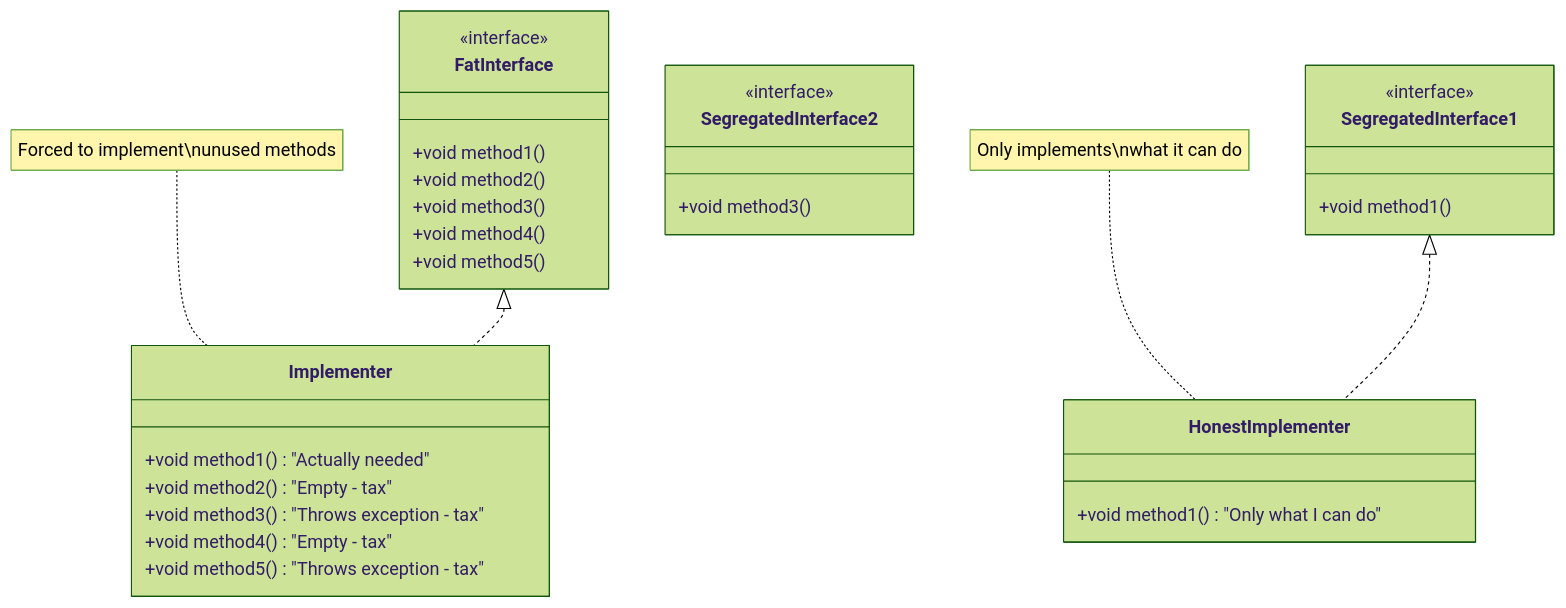
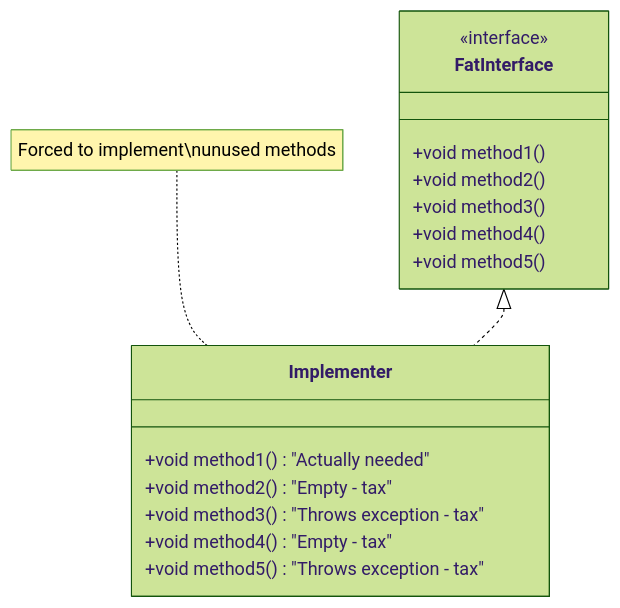
The first of 2 diagrams in Articles/SDT/Design Principles/SOLID/014 Interface Segregation Principle - Implementer Side.md (TroelsMortensen/Codelabs2), drawn with Mermaid (forest theme) before and after one commit. The commit also changed other lines of this file and 10 other files, not shown here.

````diff
--- a/Articles/SDT/Design Principles/SOLID/014 Interface Segregation Principle - Implementer Side.md
+++ b/Articles/SDT/Design Principles/SOLID/014 Interface Segregation Principle - Implementer Side.md
@@ -382,39 +392,23 @@
 ```mermaid
 classDiagram
     class FatInterface {
         <<interface>>
         +void method1()
         +void method2()
         +void method3()
         +void method4()
         +void method5()
     }
     
     class Implementer {
         +void method1() "Actually needed"
         +void method2() "Empty - tax"
         +void method3() "Throws exception - tax"
         +void method4() "Empty - tax"
         +void method5() "Throws exception - tax"
     }
     
-    class SegregatedInterface1 {
-        <<interface>>
-        +void method1()
-    }
-    
-    class SegregatedInterface2 {
-        <<interface>>
-        +void method3()
-    }
-    
-    class HonestImplementer {
-        +void method1() "Only what I can do"
-    }
-    
     FatInterface <|.. Implementer
-    SegregatedInterface1 <|.. HonestImplementer
     
     note for Implementer "Forced to implement\nunused methods"
-    note for HonestImplementer "Only implements\nwhat it can do"
 ```
````
